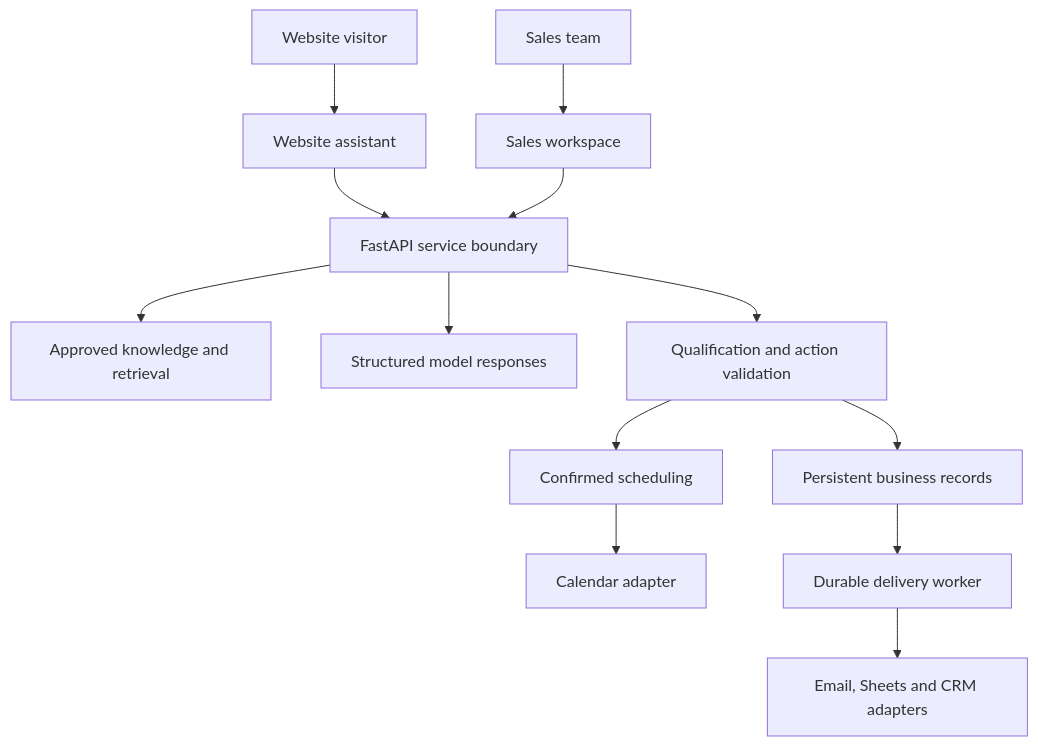
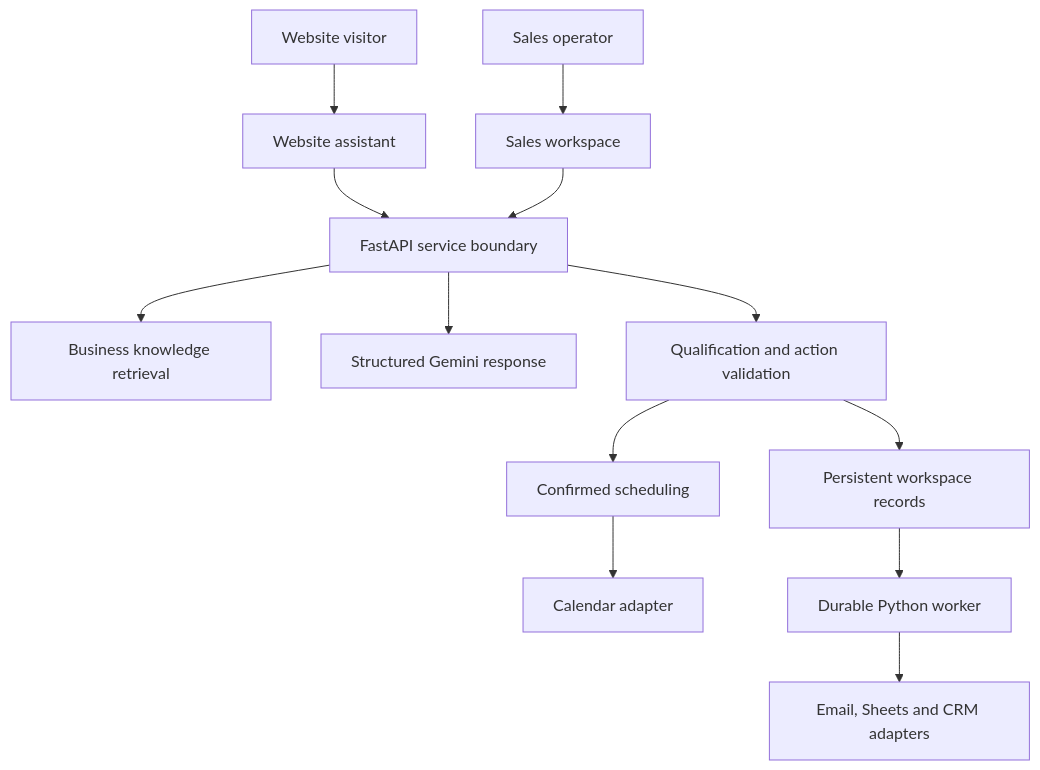
The first of 2 diagrams in README.md (numan-developer-2/AISalesAgent), drawn with Mermaid before and after one commit. The commit also changed other lines of this file and 142 other files, not shown here.

````diff
--- a/README.md
+++ b/README.md
@@ -70,15 +52,15 @@
 ```mermaid
 flowchart TD
     Visitor[Website visitor] --> Assistant[Website assistant]
-    Team[Sales team] --> Workspace[Sales workspace]
+    Operator[Sales operator] --> Workspace[Sales workspace]
     Assistant --> API[FastAPI service boundary]
     Workspace --> API
-    API --> Knowledge[Approved knowledge and retrieval]
-    API --> Model[Structured model responses]
+    API --> Knowledge[Business knowledge retrieval]
+    API --> AI[Structured Gemini response]
     API --> Rules[Qualification and action validation]
-    Rules --> Records[Persistent business records]
+    Rules --> DB[Persistent workspace records]
     Rules --> Booking[Confirmed scheduling]
     Booking --> Calendar[Calendar adapter]
-    Records --> Worker[Durable delivery worker]
+    DB --> Worker[Durable Python worker]
     Worker --> Delivery[Email, Sheets and CRM adapters]
 ```
````
